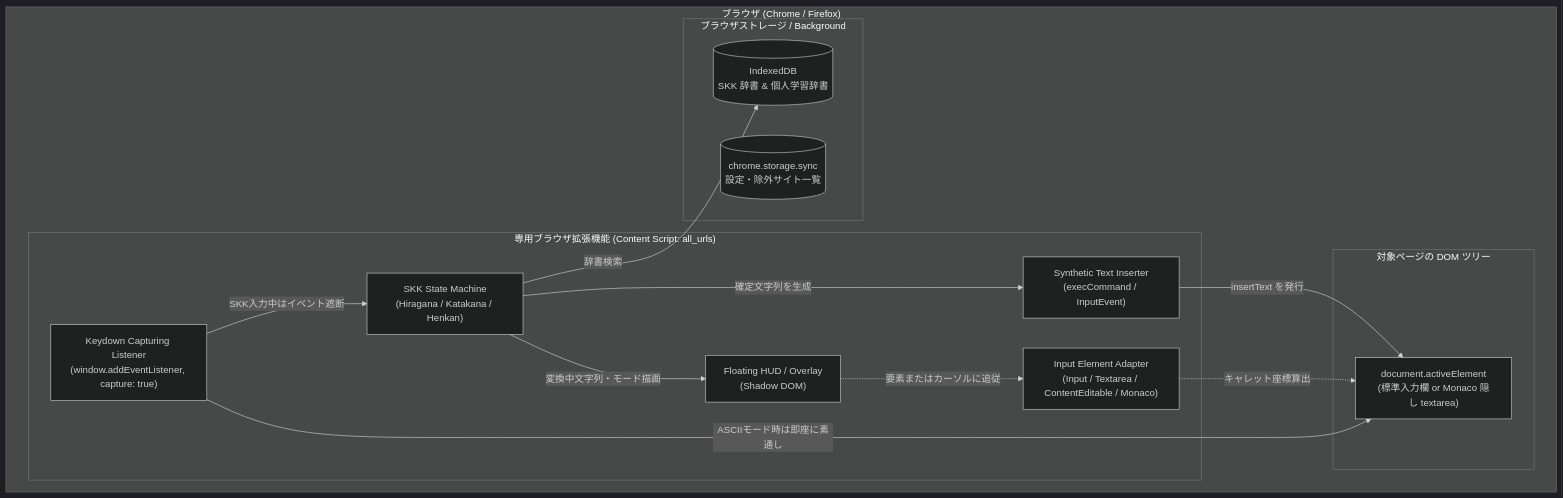
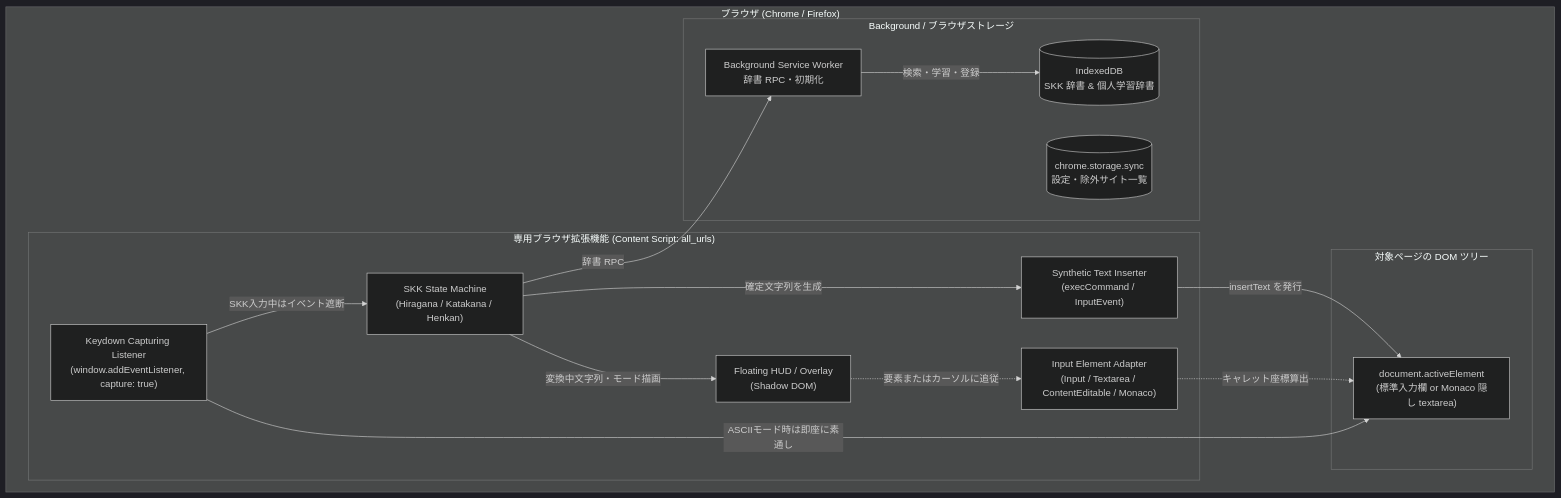
Before and after one commit to yhayase/HerissonSKK-browser: the diagram in docs/architecture.md, drawn with Mermaid (dark theme). The commit also changed other lines of this file and 14 other files, not shown here.

````diff
--- a/docs/architecture.md
+++ b/docs/architecture.md
@@ -35,30 +35,32 @@
 ```mermaid
 flowchart TB
     subgraph Browser["ブラウザ (Chrome / Firefox)"]
         subgraph Ext["専用ブラウザ拡張機能 (Content Script: all_urls)"]
             Listener["Keydown Capturing Listener<br>(window.addEventListener, capture: true)"]
             Engine["SKK State Machine<br>(Hiragana / Katakana / Henkan)"]
             Adapter["Input Element Adapter<br>(Input / Textarea / ContentEditable / Monaco)"]
             FloatUI["Floating HUD / Overlay<br>(Shadow DOM)"]
             Inserter["Synthetic Text Inserter<br>(execCommand / InputEvent)"]
         end
 
         subgraph WebDOM["対象ページの DOM ツリー"]
             ActiveElem["document.activeElement<br>(標準入力欄 or Monaco 隠し textarea)"]
         end
 
-        subgraph Storage["ブラウザストレージ / Background"]
+        subgraph Storage["Background / ブラウザストレージ"]
+            StorageWorker["Background Service Worker<br>辞書 RPC・初期化"]
             IDB[(IndexedDB<br>SKK 辞書 & 個人学習辞書)]
             SyncConfig[(chrome.storage.sync<br>設定・除外サイト一覧)]
         end
     end
 
     Listener -- "ASCIIモード時は即座に素通し" --> ActiveElem
     Listener -- "SKK入力中はイベント遮断" --> Engine
     Engine -- "変換中文字列・モード描画" --> FloatUI
     FloatUI -. "要素またはカーソルに追従" .-> Adapter
     Adapter -. "キャレット座標算出" .-> ActiveElem
-    Engine -- "辞書検索" --> IDB
+    Engine -- "辞書 RPC" --> StorageWorker
+    StorageWorker -- "検索・学習・登録" --> IDB
     Engine -- "確定文字列を生成" --> Inserter
     Inserter -- "insertText を発行" --> ActiveElem
 ```
````
